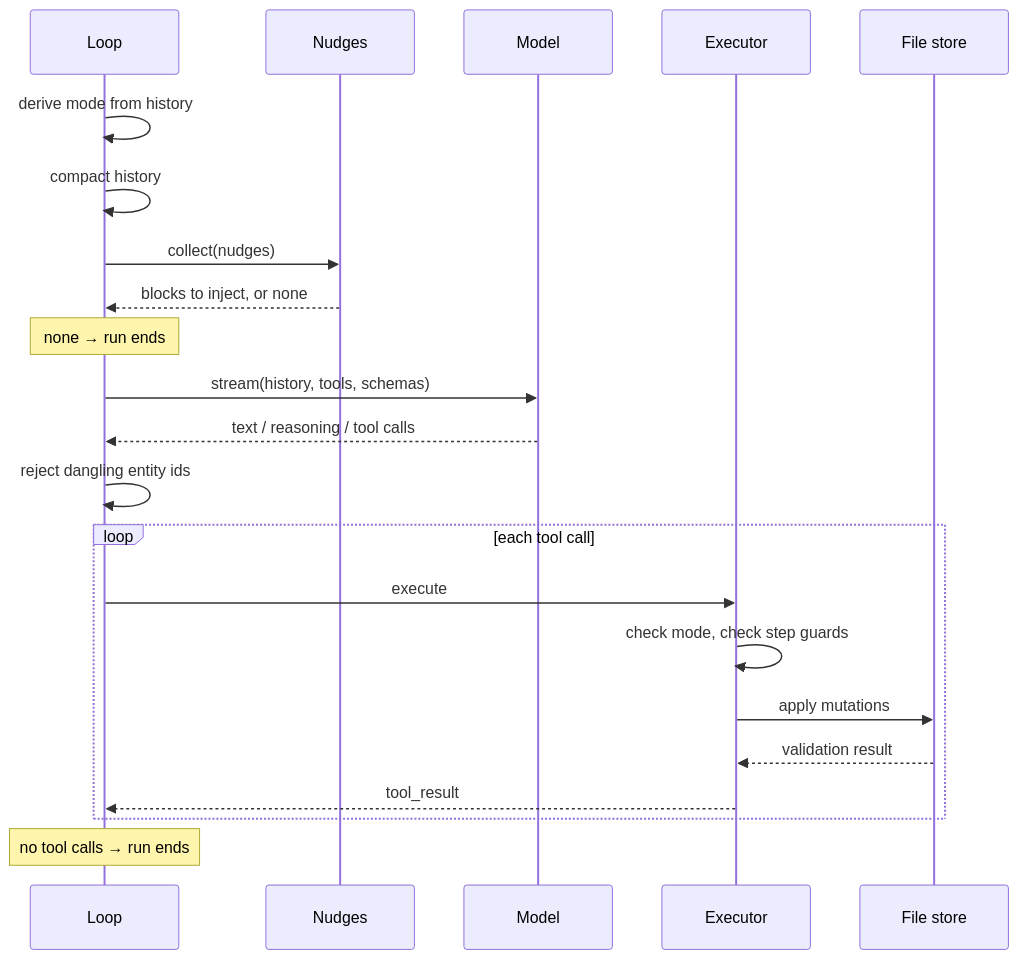
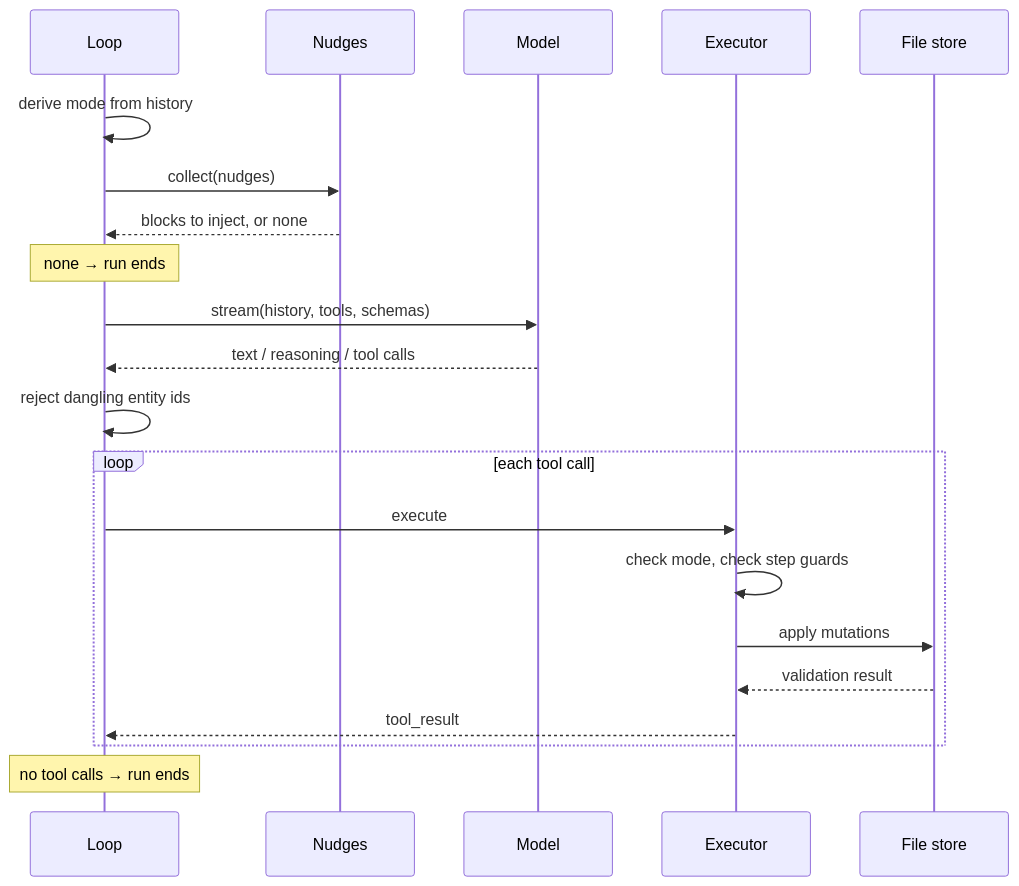
One commit to mdijkstra-oss/nabu-frontend changed the diagram in docs/05-loop.md. Above: the diagram before and after it, drawn with Mermaid. The commit also changed other lines of this file and 12 other files, not shown here.

````diff
--- a/docs/05-loop.md
+++ b/docs/05-loop.md
@@ -9,25 +9,24 @@
 ```mermaid
 sequenceDiagram
   participant L as Loop
   participant N as Nudges
   participant M as Model
   participant X as Executor
   participant S as File store
 
   L->>L: derive mode from history
-  L->>L: compact history
   L->>N: collect(nudges)
   N-->>L: blocks to inject, or none
   Note over L: none → run ends
   L->>M: stream(history, tools, schemas)
   M-->>L: text / reasoning / tool calls
   L->>L: reject dangling entity ids
   loop each tool call
     L->>X: execute
     X->>X: check mode, check step guards
     X->>S: apply mutations
     S-->>X: validation result
     X-->>L: tool_result
   end
   Note over L: no tool calls → run ends
 ```
````
